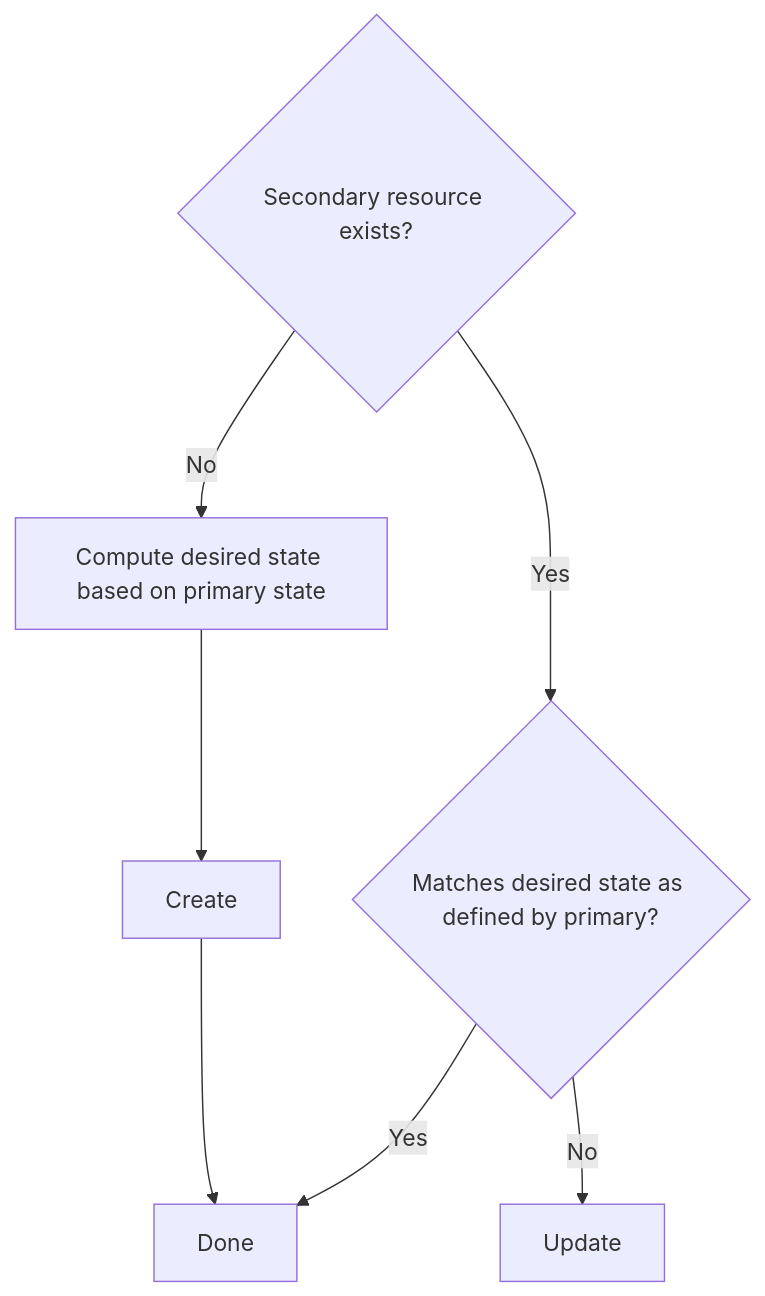
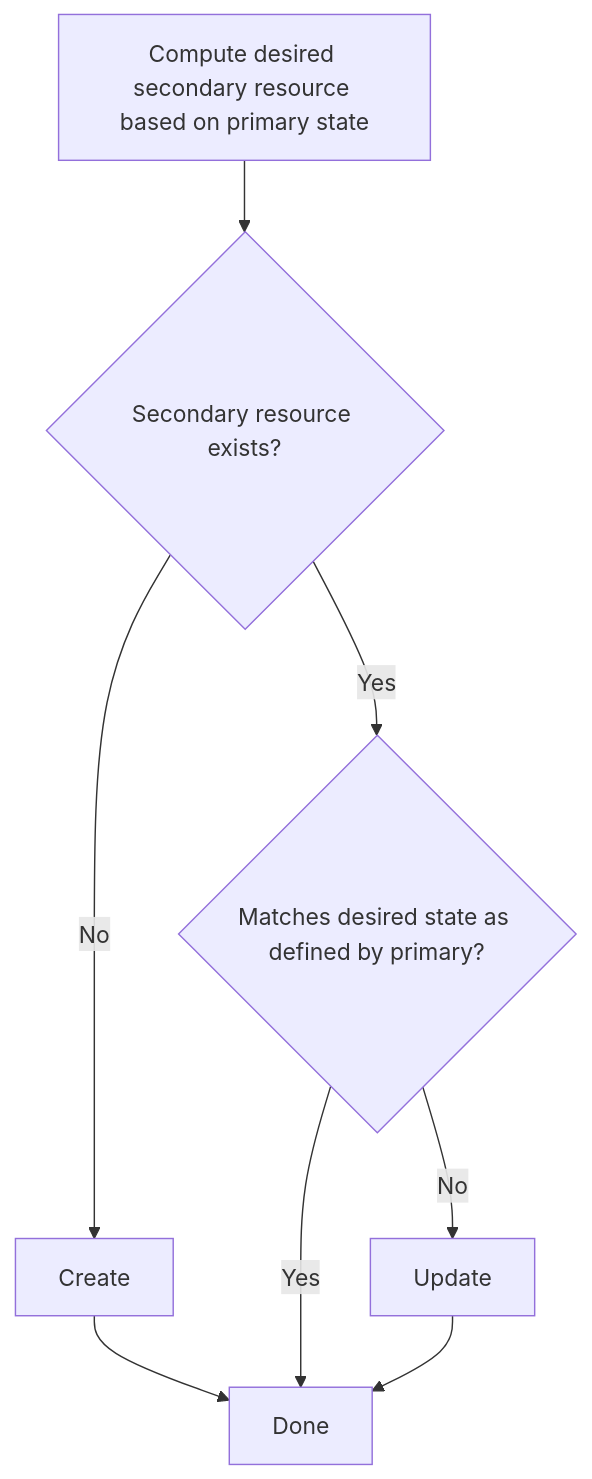
The diagram in docs/documentation/dependent-resources.md (operator-framework/java-operator-sdk), drawn with Mermaid before and after one commit.

Commit message:
fix: simplify dependent logic [skip-ci]

````diff
--- a/docs/documentation/dependent-resources.md
+++ b/docs/documentation/dependent-resources.md
@@ -26,13 +26,13 @@
 ```mermaid
 flowchart TD
 
+compute[Compute desired secondary resource based on primary state] --> A
 A{Secondary resource exists?}
 A -- Yes --> match
-A -- No --> compute
+A -- No --> Create --> Done
 
-compute[Compute desired state based on primary state] --> Create --> Done
 match{Matches desired state as defined by primary?}
 match -- Yes --> Done
-match -- No --> Update 
+match -- No --> Update --> Done
 
 ```
````
